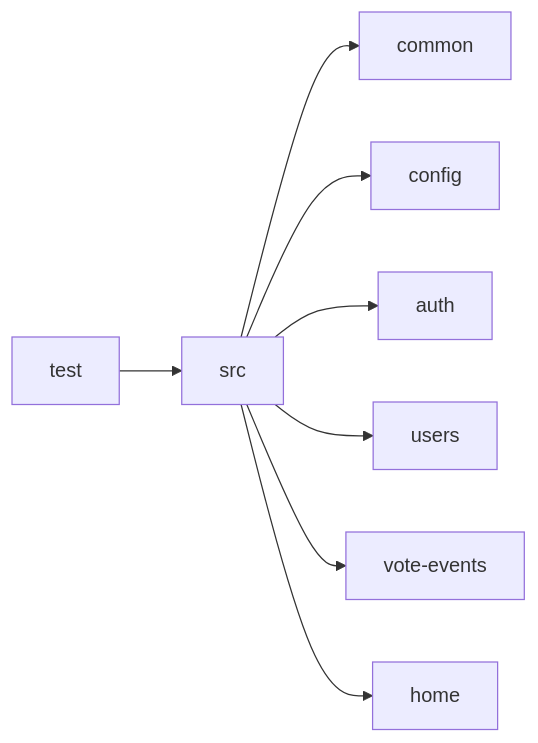
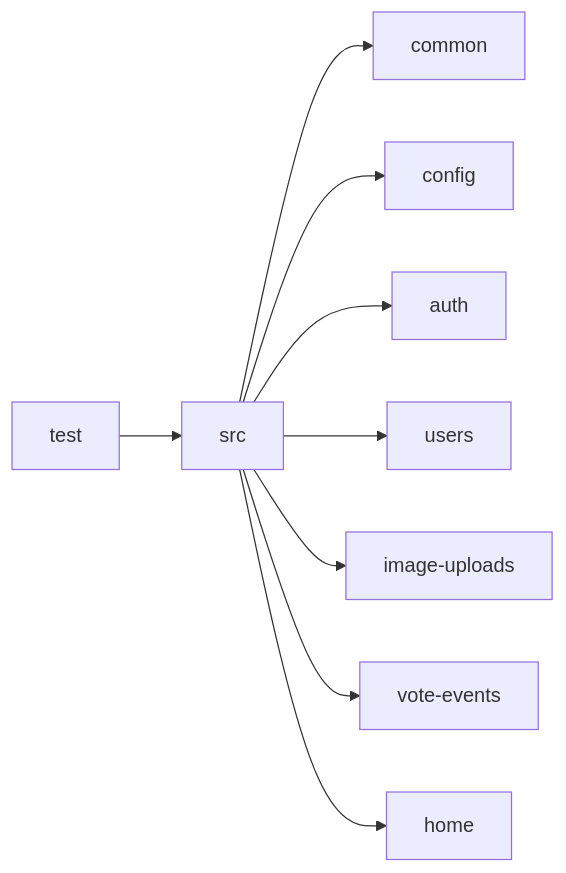
Before and after one commit to jei-seesaw/seesaw-api: the diagram in docs/README.md, drawn with Mermaid. The commit also changed 25 other files, not shown here.

````diff
--- a/docs/README.md
+++ b/docs/README.md
@@ -36,10 +36,11 @@
 ```mermaid
 flowchart LR
   src --> common
   src --> config
   src --> auth
   src --> users
+  src --> image-uploads
   src --> vote-events
   src --> home
   test --> src
 ```
````
